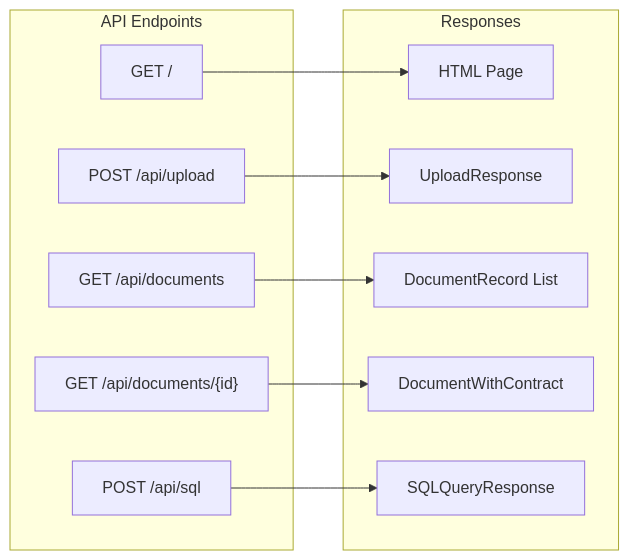
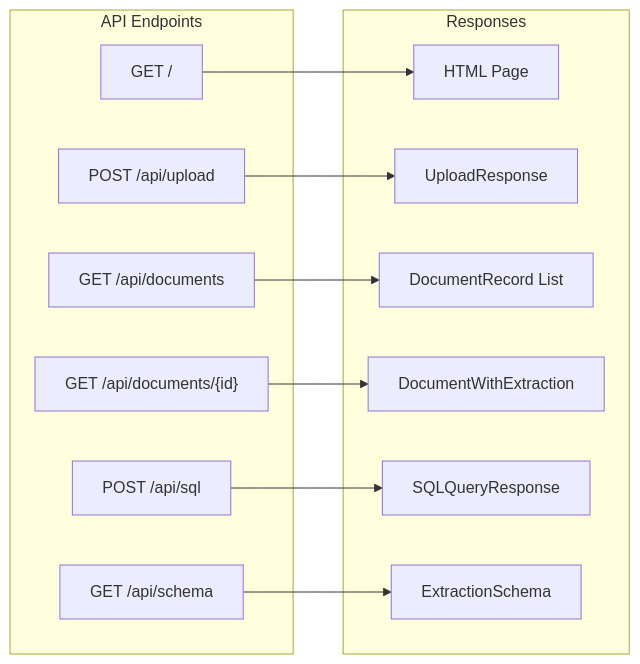
One commit to gustavorubim/document-entity-extractor changed the sixth of 12 diagrams in README.md. Above: the diagram before and after it, drawn with Mermaid. The commit also changed other lines of this file and 4 other files, not shown here.

First line of the commit message:
Add YAML schema support for easier configuration

````diff
--- a/README.md
+++ b/README.md
@@ -428,24 +409,27 @@
 ```mermaid
 flowchart LR
     subgraph Endpoints["API Endpoints"]
         E1["GET /"]
         E2["POST /api/upload"]
         E3["GET /api/documents"]
         E4["GET /api/documents/{id}"]
         E5["POST /api/sql"]
+        E6["GET /api/schema"]
     end
 
     subgraph Responses["Responses"]
         R1[HTML Page]
         R2[UploadResponse]
         R3[DocumentRecord List]
-        R4[DocumentWithContract]
+        R4[DocumentWithExtraction]
         R5[SQLQueryResponse]
+        R6[ExtractionSchema]
     end
 
     E1 --> R1
     E2 --> R2
     E3 --> R3
     E4 --> R4
     E5 --> R5
+    E6 --> R6
 ```
````
